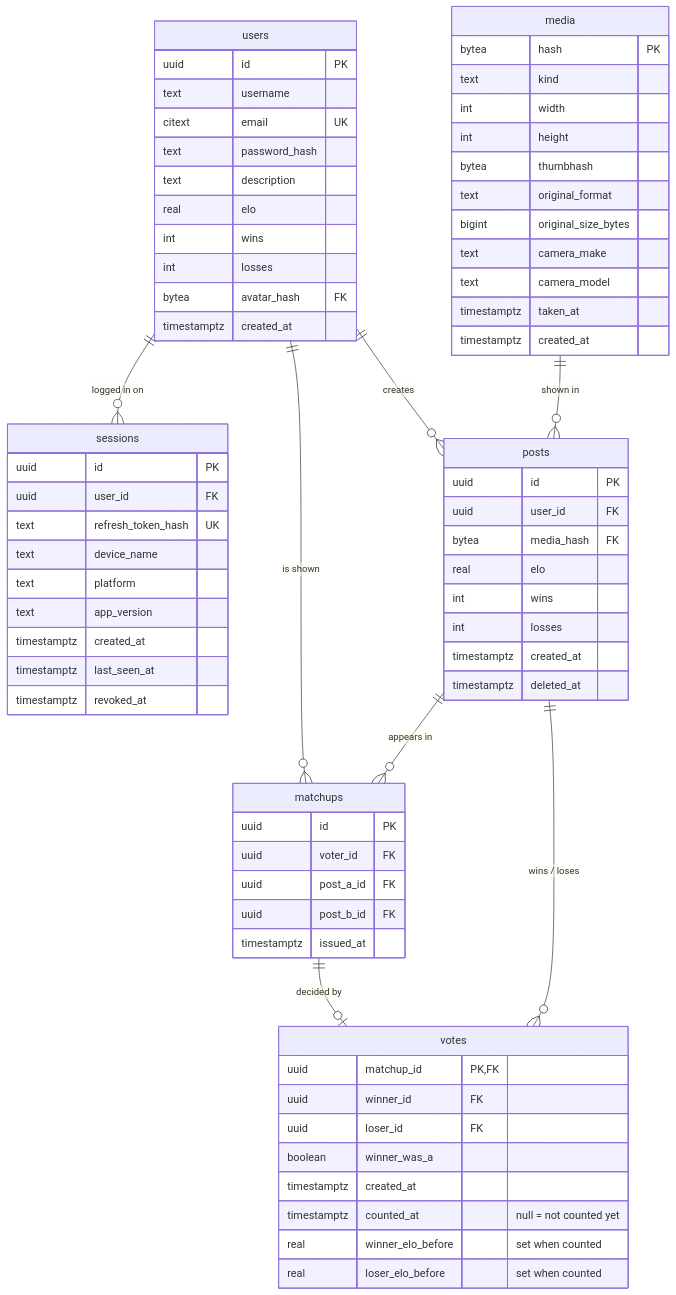
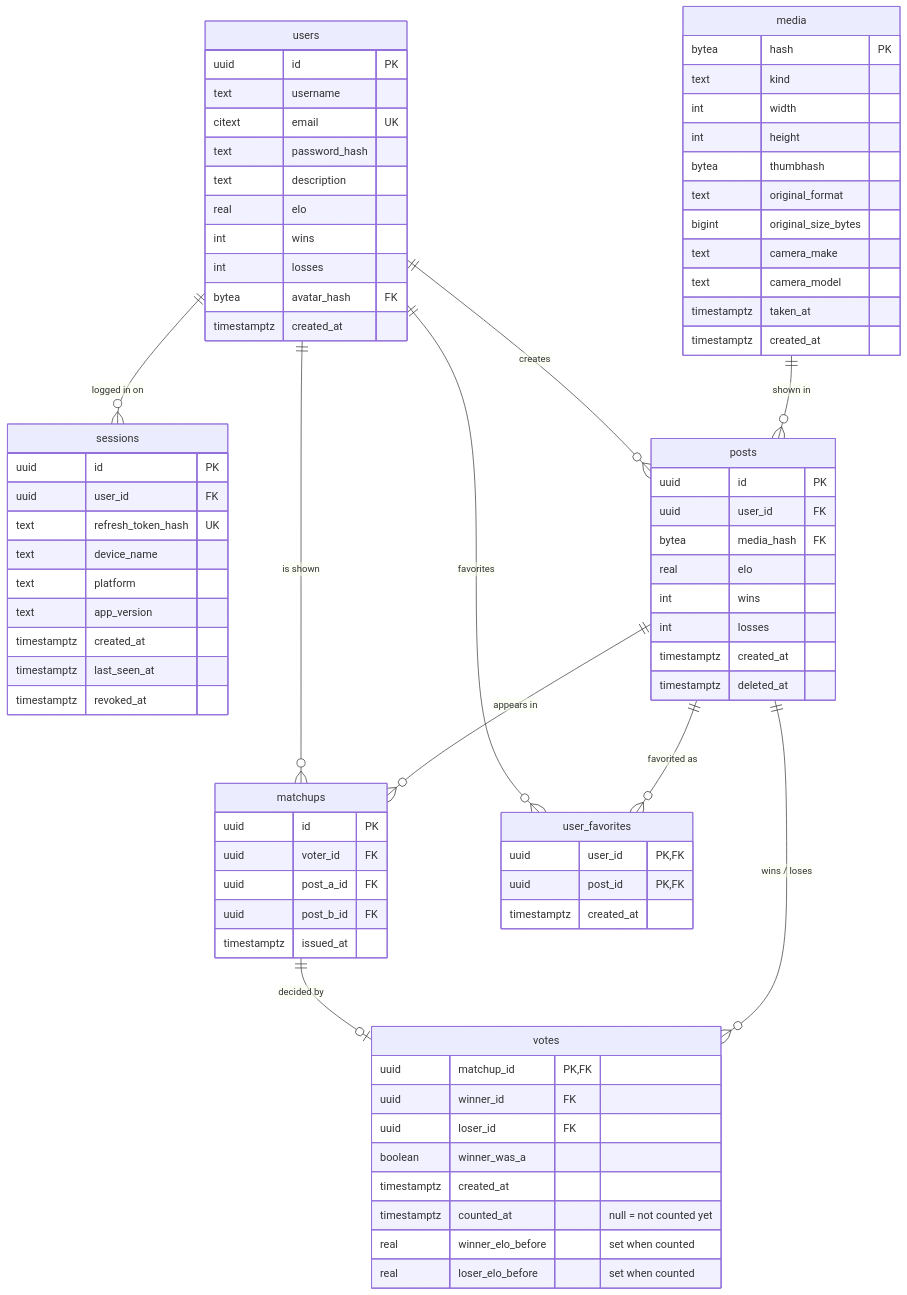
One commit to Aarhus-tech-project/2026q4-h5-projektstyring-og-app-programmering-group-2 changed the diagram in DatabaseDiagram.md. Above: the diagram before and after it, drawn with Mermaid.

Commit message:
user favorites

````diff
--- a/DatabaseDiagram.md
+++ b/DatabaseDiagram.md
@@ -1,74 +1,81 @@
 ```mermaid
 erDiagram
     users {
         uuid id PK
         text username
         citext email UK
         text password_hash
         text description
         real elo
         int wins
         int losses
         bytea avatar_hash FK
         timestamptz created_at
     }
     sessions {
         uuid id PK
         uuid user_id FK
         text refresh_token_hash UK
         text device_name
         text platform
         text app_version
         timestamptz created_at
         timestamptz last_seen_at
         timestamptz revoked_at
     }
     media {
         bytea hash PK
         text kind
         int width
         int height
         bytea thumbhash
         text original_format
         bigint original_size_bytes
         text camera_make
         text camera_model
         timestamptz taken_at
         timestamptz created_at
     }
     posts {
         uuid id PK
         uuid user_id FK
         bytea media_hash FK
         real elo
         int wins
         int losses
         timestamptz created_at
         timestamptz deleted_at
     }
     matchups {
         uuid id PK
         uuid voter_id FK
         uuid post_a_id FK
         uuid post_b_id FK
         timestamptz issued_at
     }
     votes {
         uuid matchup_id PK, FK
         uuid winner_id FK
         uuid loser_id FK
         boolean winner_was_a
         timestamptz created_at
         timestamptz counted_at "null = not counted yet"
         real winner_elo_before "set when counted"
         real loser_elo_before "set when counted"
     }
+    user_favorites {
+        uuid user_id PK, FK
+        uuid post_id PK, FK
+        timestamptz created_at
+    }
 
     users ||--o{ sessions : "logged in on"
     users ||--o{ posts : creates
     media ||--o{ posts : "shown in"
     users ||--o{ matchups : "is shown"
     posts ||--o{ matchups : "appears in"
     matchups ||--o| votes : "decided by"
     posts ||--o{ votes : "wins / loses"
+    users ||--o{ user_favorites : favorites
+    posts ||--o{ user_favorites : "favorited as"
 ```
````
